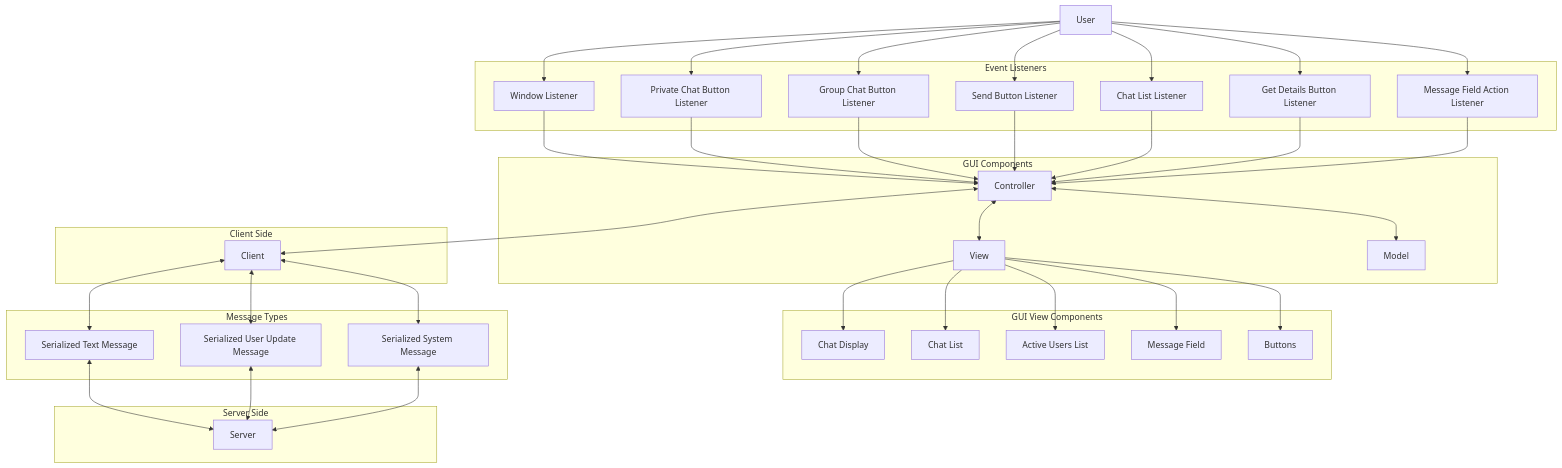
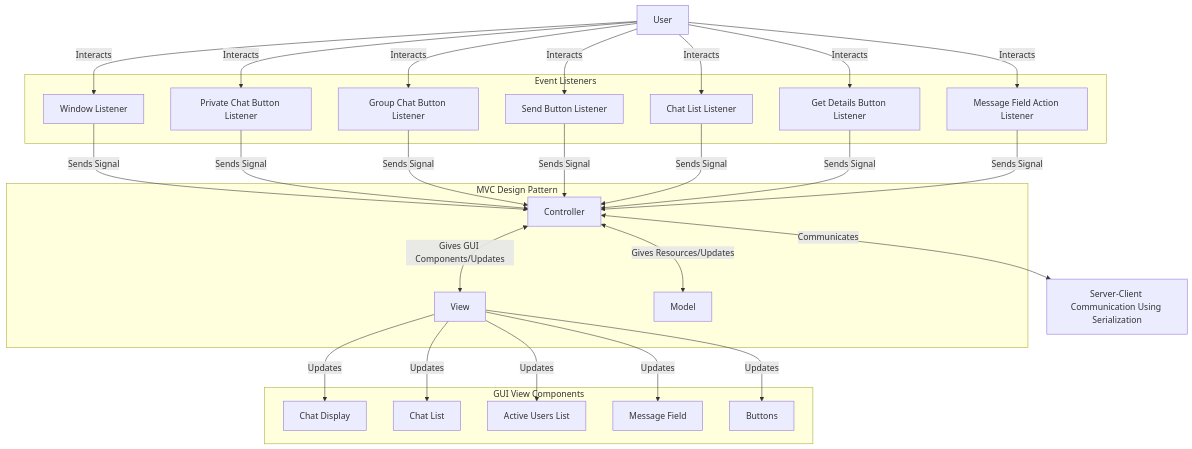
Before and after one commit to UoG-Advanced-Programming/ChatApp: the first of 3 diagrams in README.md, drawn with Mermaid. The commit also changed other lines of this file, not shown here.

````diff
--- a/README.md
+++ b/README.md
@@ -11,74 +11,55 @@
    ```mermaid
    flowchart TD
        %% User
        U[User]
-   
-       %% Client Side
-       subgraph "Client Side"
-         C[Client]
-       end
-   
-       %% Server Side
-       subgraph "Server Side"
-         S[Server]
-       end
    
        %% GUI View Components
        subgraph "GUI View Components"
            CD[Chat Display]
            CL[Chat List]
            AUL[Active Users List]
            MF[Message Field]
            BTN[Buttons]
        end
    
        %% GUI Components
-       subgraph "GUI Components"
+       subgraph "MVC Design Pattern"
            CTR[Controller]
            V[View]
            M[Model]
        end
    
        %% Event Listeners
        subgraph "Event Listeners"
            L1[Window Listener]
            L2[Private Chat Button Listener]
            L3[Group Chat Button Listener]
            L4[Send Button Listener]
            L5[Chat List Listener]
            L6[Get Details Button Listener]
            L7[Message Field Action Listener]
        end
+
+      %% Server-Client Communication Using Serialization
+      SCC[Server-Client Communication Using Serialization]
    
-       %% Message Types
-       subgraph "Message Types"
-           TM[Serialized Text Message]
-           UM[Serialized User Update Message]
-           SM[Serialized System Message]
-       end
-   
-       V --> CD
-       V --> CL
-       V --> AUL
-       V --> MF
-       V --> BTN
+       V --> |Updates| CD
+       V --> |Updates| CL
+       V --> |Updates| AUL
+       V --> |Updates| MF
+       V --> |Updates| BTN
    
        %% User Interactions
-       U --> L1 --> CTR
-       U --> L2 --> CTR
-       U --> L3 --> CTR
-       U --> L4 --> CTR
-       U --> L5 --> CTR
-       U --> L6 --> CTR
-       U --> L7 --> CTR
+       U --> |Interacts| L1 --> |Sends Signal| CTR
+       U --> |Interacts| L2 --> |Sends Signal| CTR
+       U --> |Interacts| L3 --> |Sends Signal| CTR
+       U --> |Interacts| L4 --> |Sends Signal| CTR
+       U --> |Interacts| L5 --> |Sends Signal| CTR
+       U --> |Interacts| L6 --> |Sends Signal| CTR
+       U --> |Interacts| L7 --> |Sends Signal| CTR
    
        %% MVC Interactions
-       CTR <--> M
-       CTR <--> V
-       CTR <--> C
-   
-       %% Server-Client Communication
-       C <--> TM <--> S
-       C <--> UM <--> S
-       C <--> SM <--> S
+       CTR <--> |Gives Resources/Updates| M
+       CTR <--> |Gives GUI Components/Updates| V
+       CTR <--> |Communicates| SCC
    ```
````
